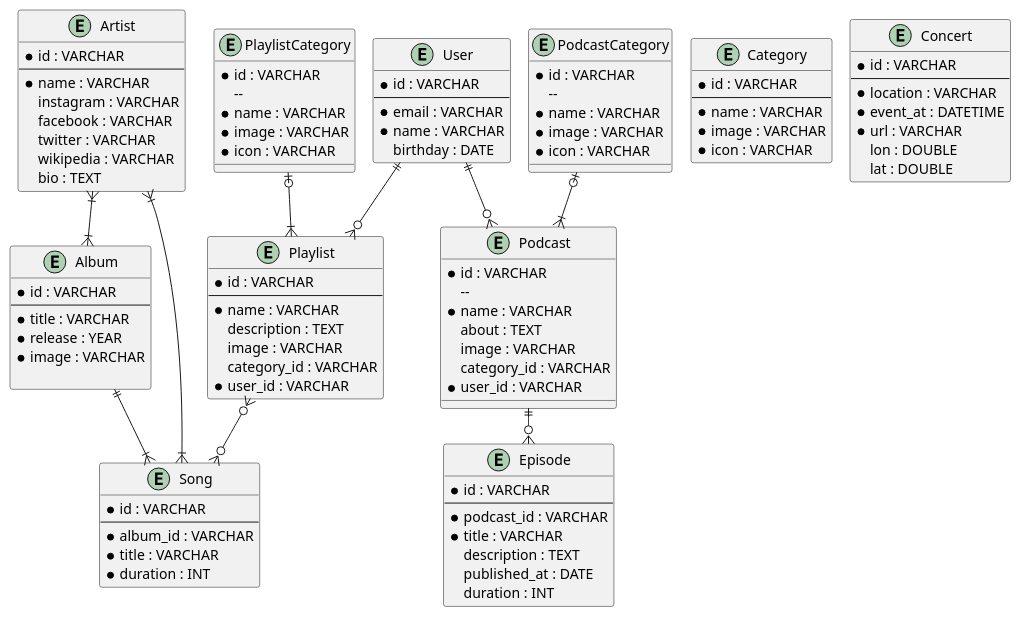
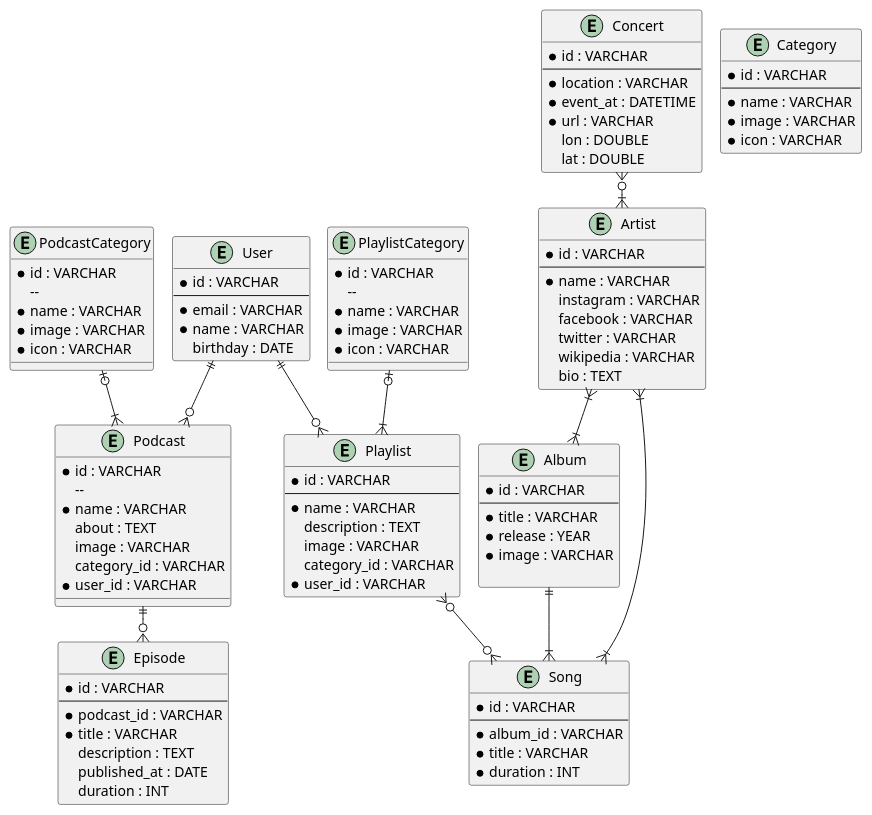
The diagram in spotify.puml (fkresna23/database-design-spotify), drawn with PlantUML before and after one commit.

Commit message:
Relasi Entity Concert

```diff
--- a/spotify.puml
+++ b/spotify.puml
@@ -1,117 +1,118 @@
 @startuml
 !pragma layout smetana
 entity Artist {
     * id : VARCHAR
     --
     * name : VARCHAR
     instagram : VARCHAR
     facebook : VARCHAR
     twitter : VARCHAR
     wikipedia : VARCHAR
     bio : TEXT
 }
 
 entity Album {
     * id : VARCHAR
     --
     * title : VARCHAR
     * release : YEAR
     * image : VARCHAR
 
 }
 
 entity Song {
     * id : VARCHAR
     --
     * album_id : VARCHAR
     * title : VARCHAR
     * duration : INT
 }
 
 entity Category {
     * id : VARCHAR
     --
     * name : VARCHAR
     * image : VARCHAR
     * icon : VARCHAR
 }
 
 entity Playlist {
     * id : VARCHAR
     --
     * name : VARCHAR
     description : TEXT
     image : VARCHAR
     category_id : VARCHAR
     * user_id : VARCHAR
 }
 
 entity PlaylistCategory {
      * id : VARCHAR
         --
      * name : VARCHAR
      * image : VARCHAR
      * icon : VARCHAR
 }
 
 entity PodcastCategory {
      * id : VARCHAR
         --
      * name : VARCHAR
      * image : VARCHAR
      * icon : VARCHAR
 }
 
 entity Podcast {
     * id : VARCHAR
         --
     * name : VARCHAR
     about : TEXT
     image : VARCHAR
     category_id : VARCHAR
     * user_id : VARCHAR
 }
 
 entity Episode {
     * id : VARCHAR
     --
     * podcast_id : VARCHAR
     * title : VARCHAR
     description : TEXT
     published_at : DATE
     duration : INT
 }
 
 entity User {
     * id : VARCHAR
     --
     * email : VARCHAR
     * name : VARCHAR
     birthday : DATE
 }
 
 entity Concert {
     * id : VARCHAR
     --
     * location : VARCHAR
     * event_at : DATETIME
     * url : VARCHAR
     lon : DOUBLE
     lat : DOUBLE
 }
 
 Artist }|--|{ Album
 
 Album ||--|{ Song
 Artist }|--|{ Song
 
 PlaylistCategory |o--|{ Playlist
 User ||--o{ Playlist
 Playlist }o--o{ Song
 
 PodcastCategory |o--|{ Podcast
 User ||--o{ Podcast
 
 Podcast ||--o{ Episode
 
+Concert }o--|{ Artist
 @enduml
```
